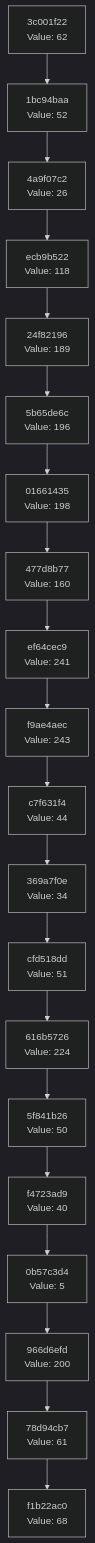
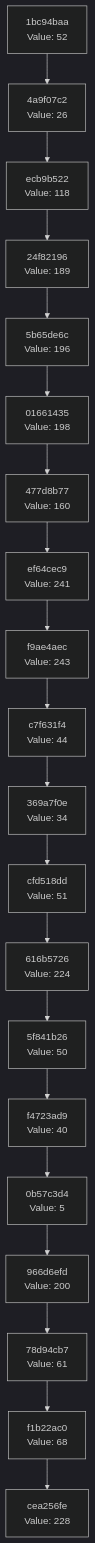
One commit to Abhisheksinha1506/hash-chain-evolver changed the diagram in docs/CHAIN_VISUALIZATION.md. Above: the diagram before and after it, drawn with Mermaid (dark theme). The commit also changed 2 other files, not shown here.

Commit message:
Evolution step: hash 0xE4 → action executed

````diff
--- a/docs/CHAIN_VISUALIZATION.md
+++ b/docs/CHAIN_VISUALIZATION.md
@@ -3,42 +3,42 @@
 ```mermaid
 graph TD
-    C0["f1b22ac0<br/>Value: 68"]
-    C1["78d94cb7<br/>Value: 61"]
+    C0["cea256fe<br/>Value: 228"]
+    C1["f1b22ac0<br/>Value: 68"]
     C1 --> C0
-    C2["966d6efd<br/>Value: 200"]
+    C2["78d94cb7<br/>Value: 61"]
     C2 --> C1
-    C3["0b57c3d4<br/>Value: 5"]
+    C3["966d6efd<br/>Value: 200"]
     C3 --> C2
-    C4["f4723ad9<br/>Value: 40"]
+    C4["0b57c3d4<br/>Value: 5"]
     C4 --> C3
-    C5["5f841b26<br/>Value: 50"]
+    C5["f4723ad9<br/>Value: 40"]
     C5 --> C4
-    C6["616b5726<br/>Value: 224"]
+    C6["5f841b26<br/>Value: 50"]
     C6 --> C5
-    C7["cfd518dd<br/>Value: 51"]
+    C7["616b5726<br/>Value: 224"]
     C7 --> C6
-    C8["369a7f0e<br/>Value: 34"]
+    C8["cfd518dd<br/>Value: 51"]
     C8 --> C7
-    C9["c7f631f4<br/>Value: 44"]
+    C9["369a7f0e<br/>Value: 34"]
     C9 --> C8
-    C10["f9ae4aec<br/>Value: 243"]
+    C10["c7f631f4<br/>Value: 44"]
     C10 --> C9
-    C11["ef64cec9<br/>Value: 241"]
+    C11["f9ae4aec<br/>Value: 243"]
     C11 --> C10
-    C12["477d8b77<br/>Value: 160"]
+    C12["ef64cec9<br/>Value: 241"]
     C12 --> C11
-    C13["01661435<br/>Value: 198"]
+    C13["477d8b77<br/>Value: 160"]
     C13 --> C12
-    C14["5b65de6c<br/>Value: 196"]
+    C14["01661435<br/>Value: 198"]
     C14 --> C13
-    C15["24f82196<br/>Value: 189"]
+    C15["5b65de6c<br/>Value: 196"]
     C15 --> C14
-    C16["ecb9b522<br/>Value: 118"]
+    C16["24f82196<br/>Value: 189"]
     C16 --> C15
-    C17["4a9f07c2<br/>Value: 26"]
+    C17["ecb9b522<br/>Value: 118"]
     C17 --> C16
-    C18["1bc94baa<br/>Value: 52"]
+    C18["4a9f07c2<br/>Value: 26"]
     C18 --> C17
-    C19["3c001f22<br/>Value: 62"]
+    C19["1bc94baa<br/>Value: 52"]
     C19 --> C18
 ```
````
